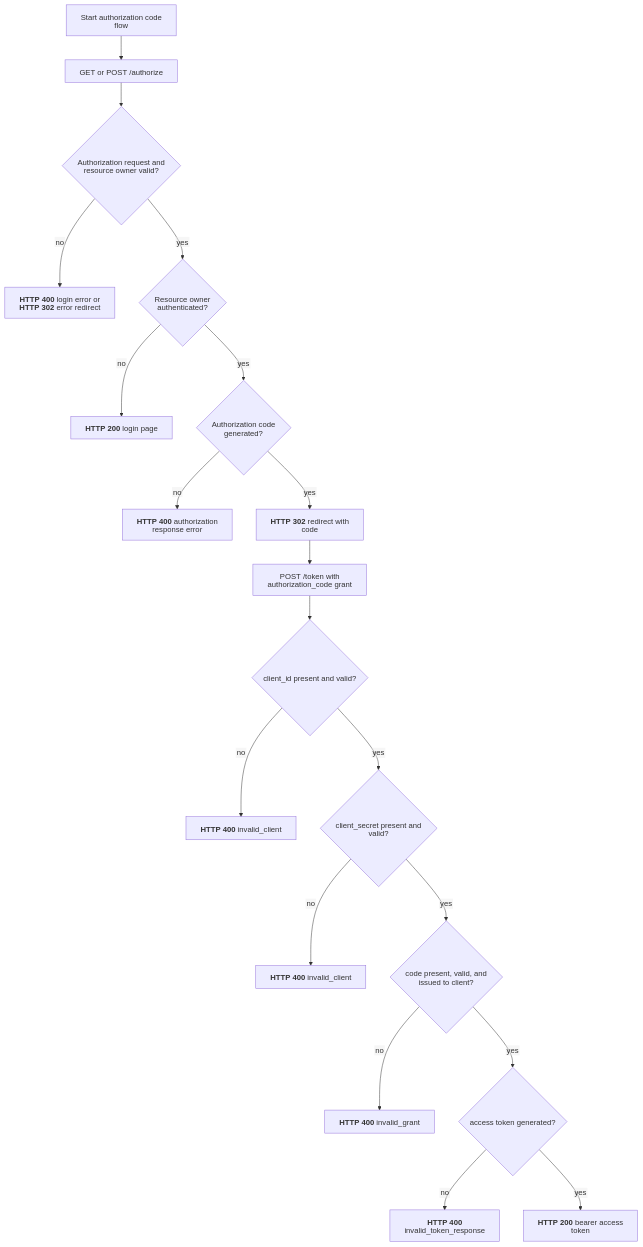
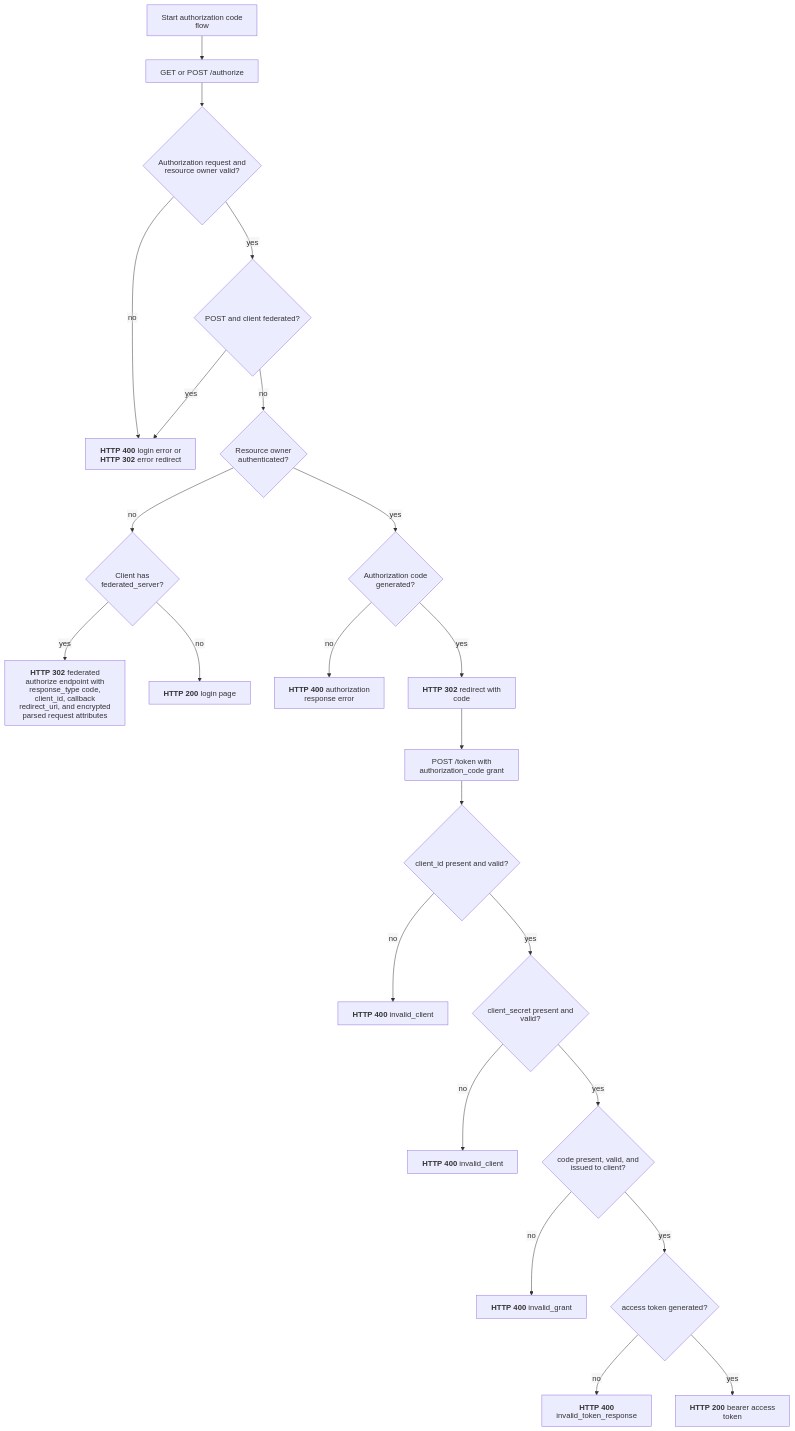
The diagram in docs/flows/oauth/authorization_code.mmd (malach-it/kagome), drawn with Mermaid before and after one commit. The commit also changed 39 other files, not shown here.

Commit message:
feat: add per-client identity federation

```diff
--- a/docs/flows/oauth/authorization_code.mmd
+++ b/docs/flows/oauth/authorization_code.mmd
@@ -1,20 +1,24 @@
 %%{init: {"htmlLabels": false, "flowchart": {"htmlLabels": false}}}%%
 flowchart TD
     start[Start authorization code flow] --> authorize[GET or POST /authorize]
     authorize --> authorize_valid{Authorization request and resource owner valid?}
     authorize_valid -- no --> authorize_error["`**HTTP 400** login error or **HTTP 302** error redirect`"]
-    authorize_valid -- yes --> owner{Resource owner authenticated?}
-    owner -- no --> login["`**HTTP 200** login page`"]
+    authorize_valid -- yes --> federated_post{POST and client federated?}
+    federated_post -- yes --> authorize_error
+    federated_post -- no --> owner{Resource owner authenticated?}
+    owner -- no --> federation{Client has federated_server?}
+    federation -- yes --> federated_redirect["`**HTTP 302** federated authorize endpoint with response_type code, client_id, callback redirect_uri, and encrypted parsed request attributes`"]
+    federation -- no --> login["`**HTTP 200** login page`"]
     owner -- yes --> issue{Authorization code generated?}
     issue -- no --> issue_error["`**HTTP 400** authorization response error`"]
     issue -- yes --> redirect["`**HTTP 302** redirect with code`"]
     redirect --> token[POST /token with authorization_code grant]
     token --> client_id{client_id present and valid?}
     client_id -- no --> client_error["`**HTTP 400** invalid_client`"]
     client_id -- yes --> secret{client_secret present and valid?}
     secret -- no --> secret_error["`**HTTP 400** invalid_client`"]
     secret -- yes --> code{code present, valid, and issued to client?}
     code -- no --> code_error["`**HTTP 400** invalid_grant`"]
     code -- yes --> generate{access token generated?}
     generate -- no --> generation_error["`**HTTP 400** invalid_token_response`"]
     generate -- yes --> success["`**HTTP 200** bearer access token`"]
```
